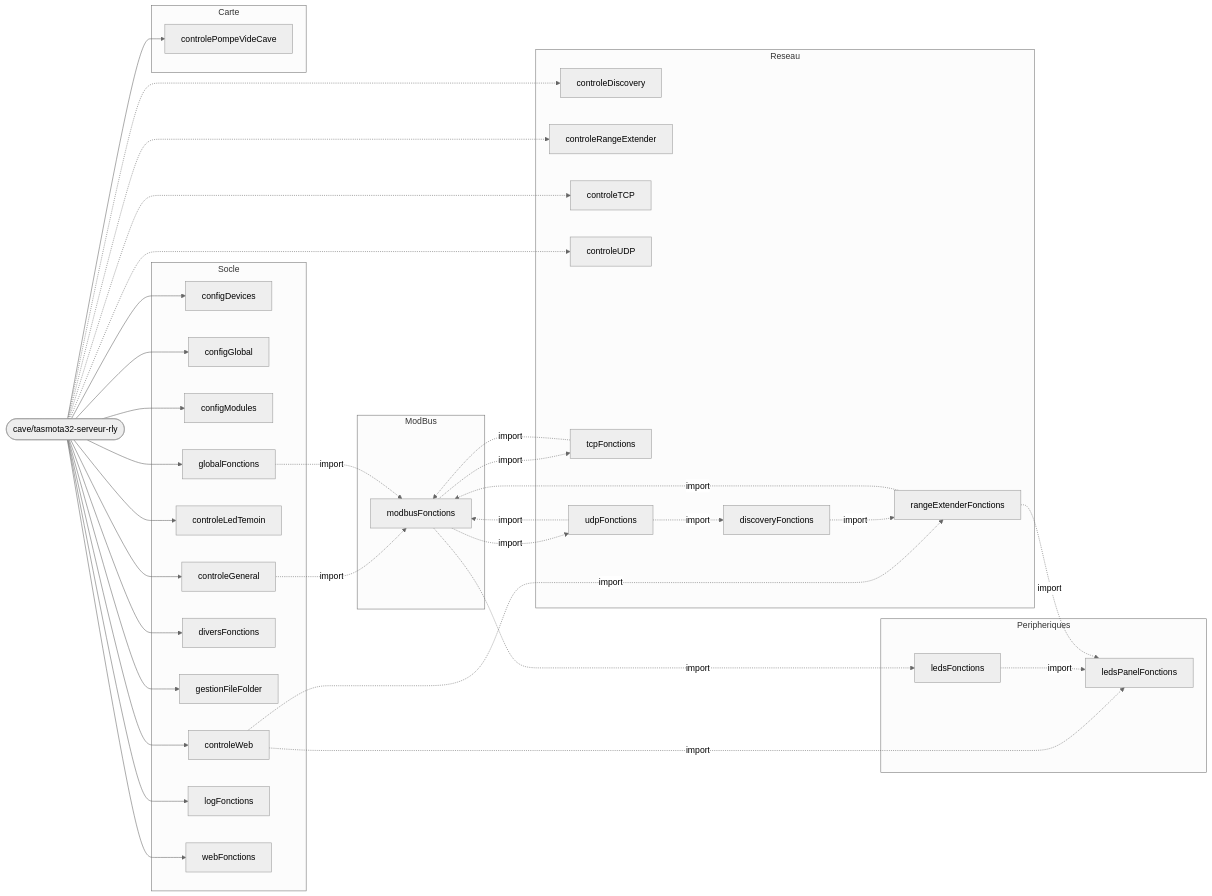
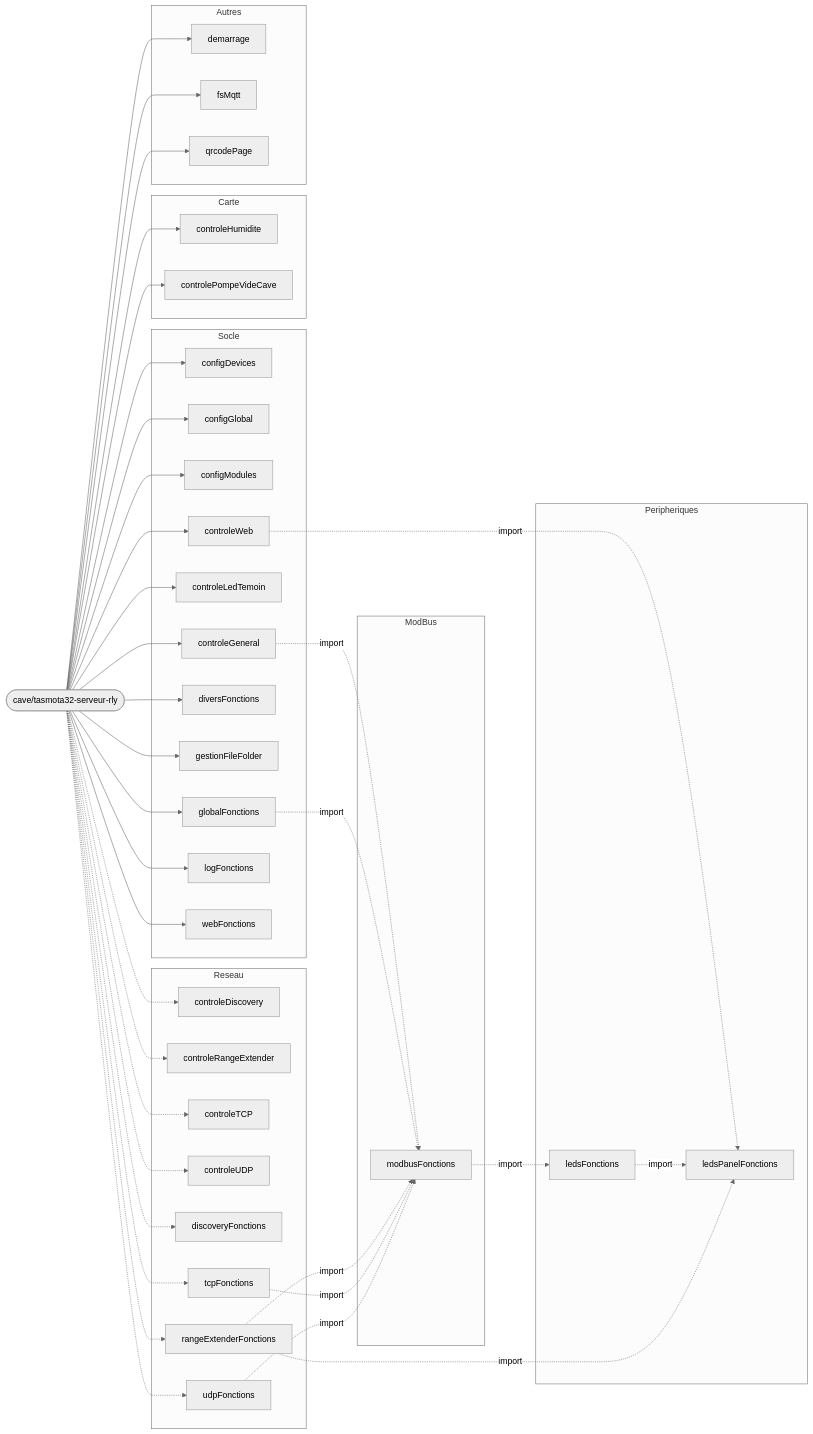
One commit to fdaubercy/Tasmota changed the fourth of 16 diagrams in outils_docs/CARTE_MODULES_BERRY.md. Above: the diagram before and after it, drawn with Mermaid (neutral theme). The commit also changed other lines of this file and 7 other files, not shown here.

````diff
--- a/outils_docs/CARTE_MODULES_BERRY.md
+++ b/outils_docs/CARTE_MODULES_BERRY.md
@@ -428,67 +450,76 @@
 ```mermaid
 flowchart LR
     CARTE(["cave/tasmota32-serveur-rly"])
     subgraph g_Socle["Socle"]
         m_configDevices["configDevices"]
         m_configGlobal["configGlobal"]
         m_configModules["configModules"]
         m_controleGeneral["controleGeneral"]
         m_controleLedTemoin["controleLedTemoin"]
         m_controleWeb["controleWeb"]
         m_diversFonctions["diversFonctions"]
         m_gestionFileFolder["gestionFileFolder"]
         m_globalFonctions["globalFonctions"]
         m_logFonctions["logFonctions"]
         m_webFonctions["webFonctions"]
     end
     subgraph g_Reseau["Reseau"]
         m_controleDiscovery["controleDiscovery"]
         m_controleRangeExtender["controleRangeExtender"]
         m_controleTCP["controleTCP"]
         m_controleUDP["controleUDP"]
         m_discoveryFonctions["discoveryFonctions"]
         m_rangeExtenderFonctions["rangeExtenderFonctions"]
         m_tcpFonctions["tcpFonctions"]
         m_udpFonctions["udpFonctions"]
     end
     subgraph g_ModBus["ModBus"]
         m_modbusFonctions["modbusFonctions"]
     end
     subgraph g_Peripheriques["Peripheriques"]
         m_ledsFonctions["ledsFonctions"]
         m_ledsPanelFonctions["ledsPanelFonctions"]
     end
     subgraph g_Carte["Carte"]
+        m_controleHumidite["controleHumidite"]
         m_controlePompeVideCave["controlePompeVideCave"]
+    end
+    subgraph g_Autres["Autres"]
+        m_demarrage["demarrage"]
+        m_fsMqtt["fsMqtt"]
+        m_qrcodePage["qrcodePage"]
     end
     CARTE --> m_configDevices
     CARTE --> m_configGlobal
     CARTE --> m_configModules
     CARTE --> m_controleGeneral
     CARTE --> m_controleLedTemoin
     CARTE --> m_controleWeb
     CARTE --> m_diversFonctions
     CARTE --> m_gestionFileFolder
     CARTE --> m_globalFonctions
     CARTE --> m_logFonctions
     CARTE --> m_webFonctions
     CARTE -.-> m_controleDiscovery
     CARTE -.-> m_controleRangeExtender
     CARTE -.-> m_controleTCP
     CARTE -.-> m_controleUDP
-    m_udpFonctions -.->|import| m_discoveryFonctions
-    m_controleWeb -.->|import| m_rangeExtenderFonctions
-    m_discoveryFonctions -.->|import| m_rangeExtenderFonctions
-    m_modbusFonctions -.->|import| m_tcpFonctions
-    m_modbusFonctions -.->|import| m_udpFonctions
+    CARTE -.-> m_discoveryFonctions
+    CARTE -.-> m_rangeExtenderFonctions
+    CARTE -.-> m_tcpFonctions
+    CARTE -.-> m_udpFonctions
     m_controleGeneral -.->|import| m_modbusFonctions
     m_globalFonctions -.->|import| m_modbusFonctions
     m_rangeExtenderFonctions -.->|import| m_modbusFonctions
     m_tcpFonctions -.->|import| m_modbusFonctions
     m_udpFonctions -.->|import| m_modbusFonctions
     m_modbusFonctions -.->|import| m_ledsFonctions
     m_controleWeb -.->|import| m_ledsPanelFonctions
     m_ledsFonctions -.->|import| m_ledsPanelFonctions
     m_rangeExtenderFonctions -.->|import| m_ledsPanelFonctions
+    CARTE --> m_controleHumidite
     CARTE --> m_controlePompeVideCave
+    CARTE --> m_demarrage
+    CARTE --> m_fsMqtt
+    CARTE --> m_qrcodePage
 ```
````
